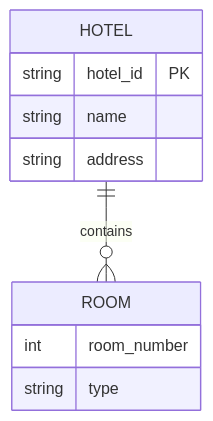
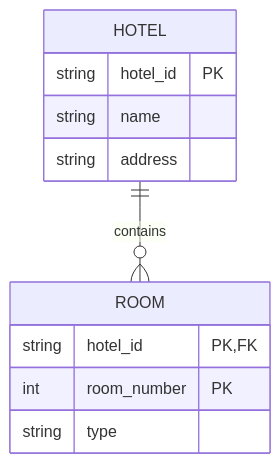
One commit to devomh/comp4098-2026 changed the first of 3 diagrams in week_02/w02_l03_concept_er_modeling.md. Above: the diagram before and after it, drawn with Mermaid. The commit also changed other lines of this file and 3 other files, not shown here.

````diff
--- a/week_02/w02_l03_concept_er_modeling.md
+++ b/week_02/w02_l03_concept_er_modeling.md
@@ -47,16 +55,17 @@
 ```mermaid
 erDiagram
     %% Strong Entity
     HOTEL {
         string hotel_id PK
         string name
         string address
     }
-    %% Weak Entity
+    %% Weak Entity (PK = Owner's PK + Partial Key)
     ROOM {
-        int room_number
+        string hotel_id PK,FK
+        int room_number PK
         string type
     }
-    
+
     HOTEL ||--o{ ROOM : contains
 ```
````
